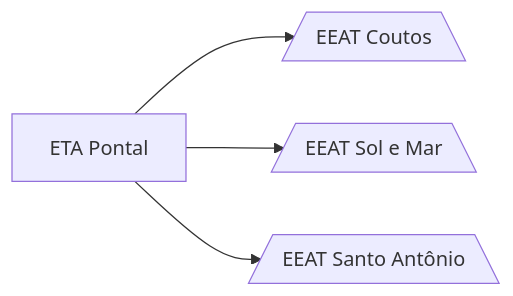
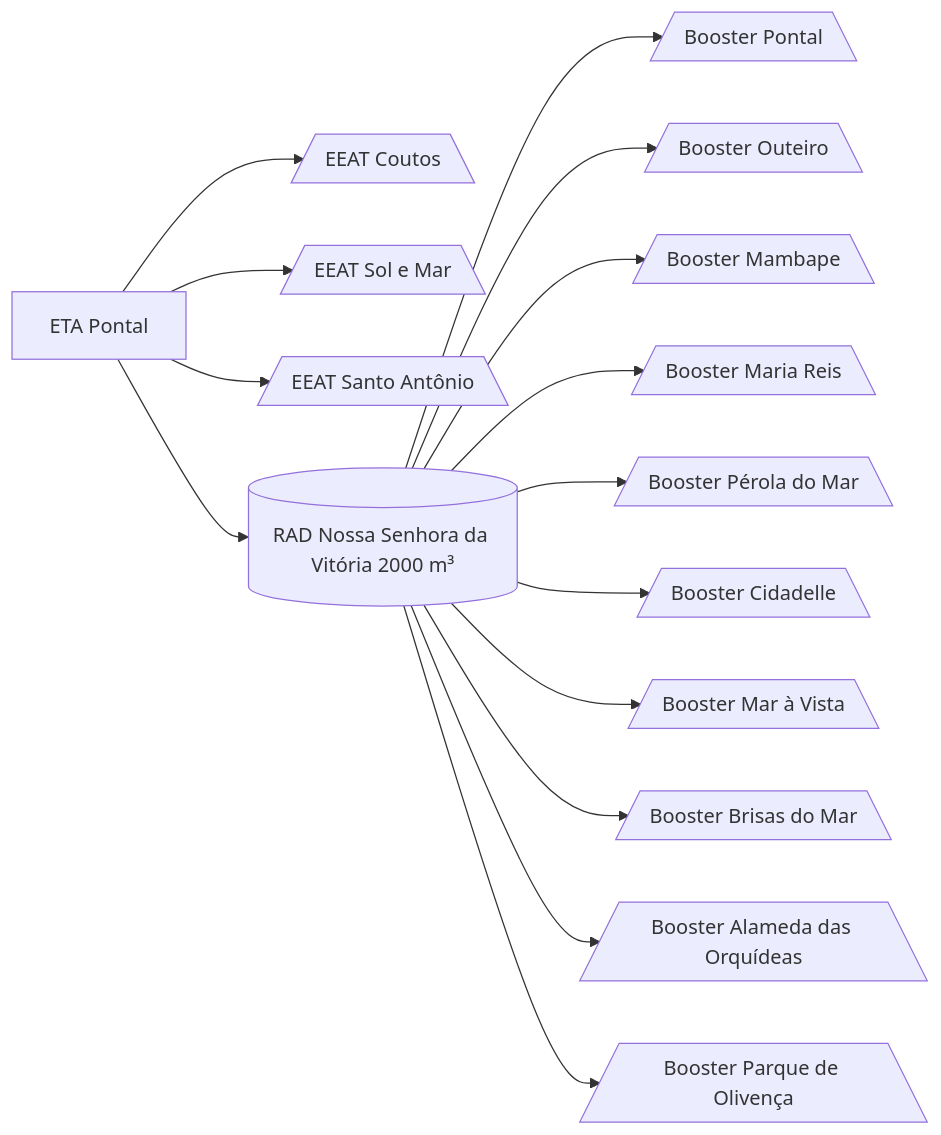
Before and after one commit to iagovls/CCO-Documentation: the diagram in ETA Pontal/ETA Pontal.md, drawn with Mermaid.

Commit message:
Update ETA Pontal.md

````diff
--- a/ETA Pontal/ETA Pontal.md
+++ b/ETA Pontal/ETA Pontal.md
@@ -41,19 +41,50 @@
 ```mermaid
 flowchart LR
         
     ETA["ETA Pontal"] 
     EEATCoutos[/"EEAT Coutos"\]
     click Coutos "https://github.com/iagovls/CCO-Documentation/blob/main/ETA%20Distrito/EEAT%20Recalque.md"
     EEATSolEMar[/"EEAT Sol e Mar"\]
     click SolEMar "https://github.com/iagovls/CCO-Documentation/blob/main/ETA%20Distrito/EEAT%20S%C3%A3o%20Jos%C3%A9.md"
     EEATSantoAntonio[/"EEAT Santo Antônio"\] 
     click EEATSantoAntonio "https://github.com/iagovls/CCO-Documentation/blob/main/ETA%20Distrito/EEAT%20Litoral%20Norte.md"
-    
+    RADNSV[("RAD Nossa Senhora da Vitória 2000 m³")]
+    BoosterPontal[/"Booster Pontal"\] 
+    click BoosterPontal "https://github.com/iagovls/CCO-Documentation/blob/main/ETA%20Distrito/EEAT%20S%C3%A3o%20Jos%C3%A9.md"
+    BoosterOuteiro[/"Booster Outeiro"\] 
+    click BoosterOuteiro "https://github.com/iagovls/CCO-Documentation/blob/main/ETA%20Distrito/EEAT%20S%C3%A3o%20Jos%C3%A9.md"
+    BoosterMambape[/"Booster Mambape"\] 
+    click BoosterMambape "https://github.com/iagovls/CCO-Documentation/blob/main/ETA%20Distrito/EEAT%20S%C3%A3o%20Jos%C3%A9.md"
+    BoosterMariaReis[/"Booster Maria Reis"\] 
+    click BoosterMariaReis "https://github.com/iagovls/CCO-Documentation/blob/main/ETA%20Distrito/EEAT%20S%C3%A3o%20Jos%C3%A9.md"
+    BoosterPerolaDoMar[/Booster Pérola do Mar\] 
+    click BoosterPerolaDoMar "https://github.com/iagovls/CCO-Documentation/blob/main/ETA%20Distrito/EEAT%20S%C3%A3o%20Jos%C3%A9.md"
+    BoosterCidadelle[/Booster Cidadelle\] 
+    click BoosterCidadelle "https://github.com/iagovls/CCO-Documentation/blob/main/ETA%20Distrito/EEAT%20S%C3%A3o%20Jos%C3%A9.md"
+    BoosterMarAVista[/Booster Mar à Vista\] 
+    click BoosterMarAVista "https://github.com/iagovls/CCO-Documentation/blob/main/ETA%20Distrito/EEAT%20S%C3%A3o%20Jos%C3%A9.md"
+    BoosterBrisasDoMar[/Booster Brisas do Mar\] 
+    click BoosterBrisasDoMar "https://github.com/iagovls/CCO-Documentation/blob/main/ETA%20Distrito/EEAT%20S%C3%A3o%20Jos%C3%A9.md"
+    BoosterAlamedaDasOrquideas[/Booster Alameda das Orquídeas\] 
+    click BoosterAlamedaDasOrquideas "https://github.com/iagovls/CCO-Documentation/blob/main/ETA%20Distrito/EEAT%20S%C3%A3o%20Jos%C3%A9.md"
+    BoosterParqueDeOlivença[/Booster Parque de Olivença\] 
+    click BoosterParqueDeOlivença "https://github.com/iagovls/CCO-Documentation/blob/main/ETA%20Distrito/EEAT%20S%C3%A3o%20Jos%C3%A9.md"
 
     %% Ligações
     
     ETA --> EEATCoutos
     ETA --> EEATSolEMar
     ETA --> EEATSantoAntonio
+    ETA --> RADNSV
+    RADNSV --> BoosterPontal
+    RADNSV --> BoosterOuteiro
+    RADNSV --> BoosterMambape
+    RADNSV --> BoosterMariaReis
+    RADNSV --> BoosterPerolaDoMar
+    RADNSV --> BoosterCidadelle
+    RADNSV --> BoosterMarAVista
+    RADNSV --> BoosterBrisasDoMar
+    RADNSV --> BoosterAlamedaDasOrquideas
+    RADNSV --> BoosterParqueDeOlivença
         
 ```
````
